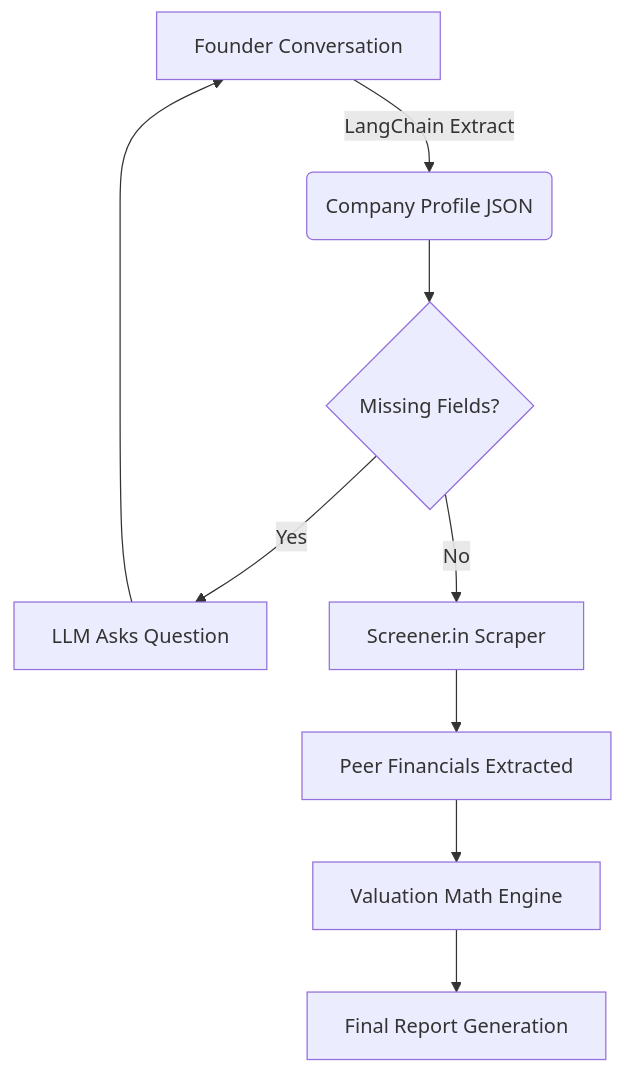
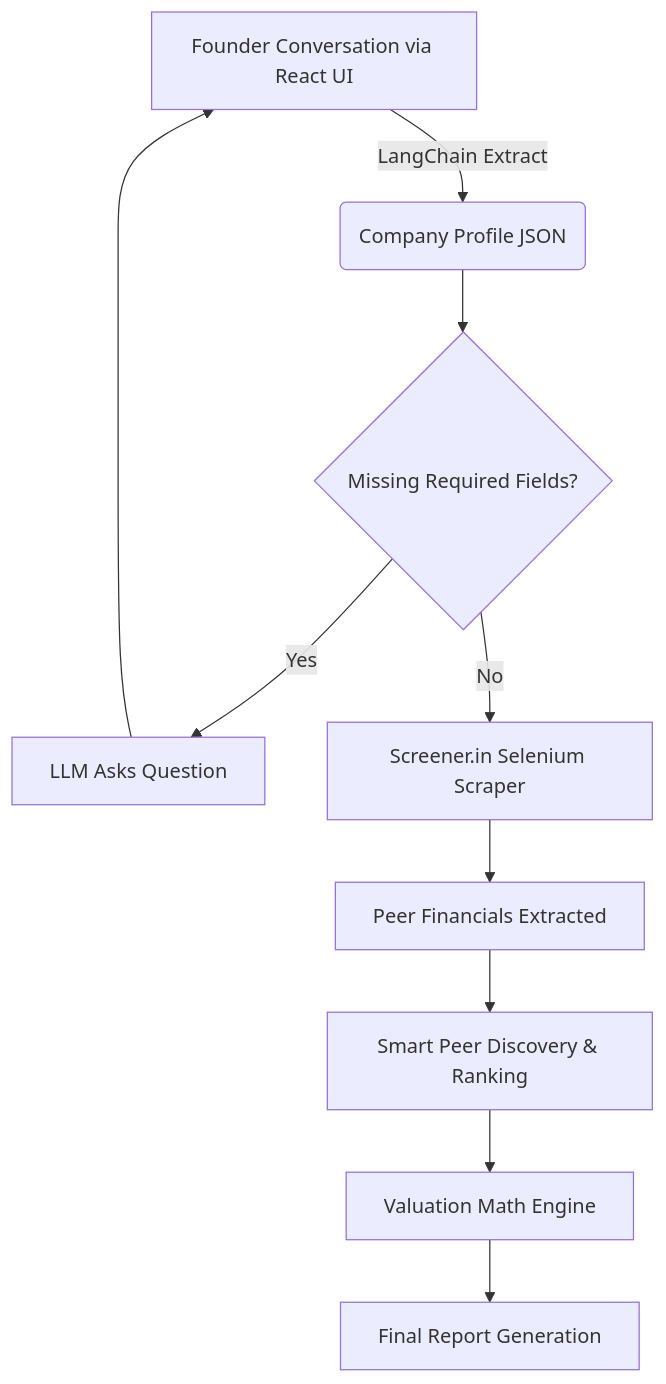
One commit to vishnuvardhan2704/test-val changed the diagram in README.md. Above: the diagram before and after it, drawn with Mermaid. The commit also changed other lines of this file, not shown here.

````diff
--- a/README.md
+++ b/README.md
@@ -19,11 +26,12 @@
 ```mermaid
 graph TD
-    A[Founder Conversation] -->|LangChain Extract| B(Company Profile JSON)
-    B --> C{Missing Fields?}
+    A[Founder Conversation via React UI] -->|LangChain Extract| B(Company Profile JSON)
+    B --> C{Missing Required Fields?}
     C -- Yes --> D[LLM Asks Question]
     D --> A
-    C -- No --> E[Screener.in Scraper]
+    C -- No --> E[Screener.in Selenium Scraper]
     E --> F[Peer Financials Extracted]
-    F --> G[Valuation Math Engine]
-    G --> H[Final Report Generation]
+    F --> G[Smart Peer Discovery & Ranking]
+    G --> H[Valuation Math Engine]
+    H --> I[Final Report Generation]
 ```
````
